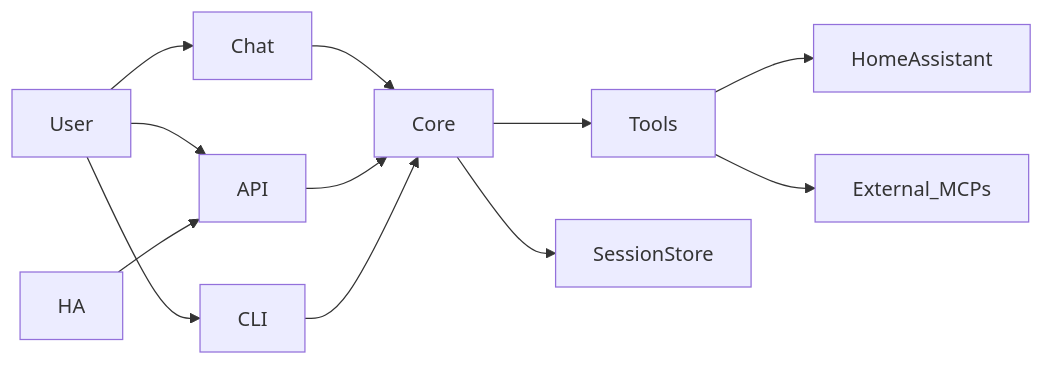
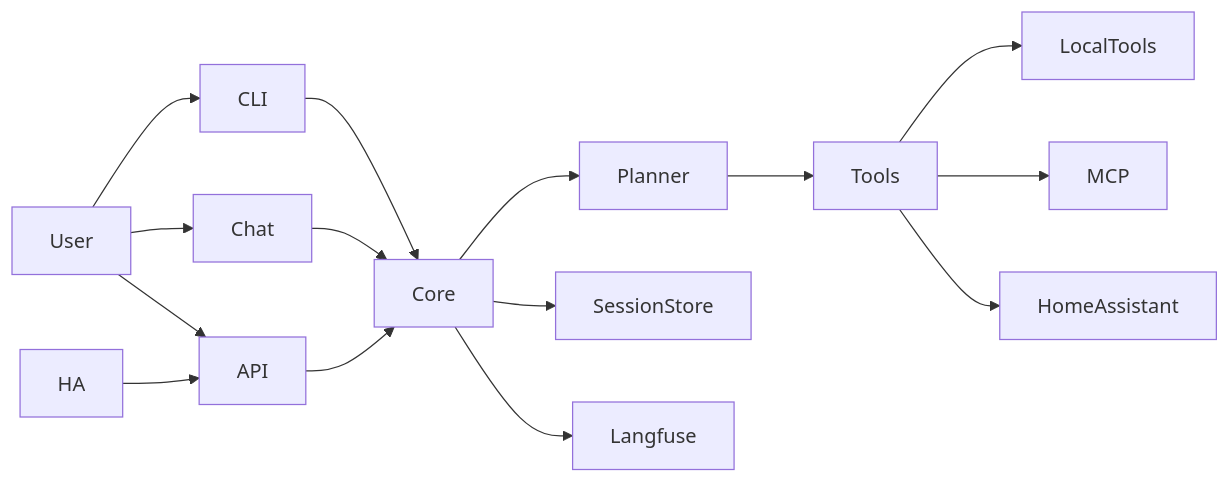
Before and after one commit to bearlike/Personal-Assistant: the diagram in README.md, drawn with Mermaid. The commit also changed 2 other files, not shown here.

Commit message:
📝 docs(docs): update diagrams + codecov components
- Update architecture diagrams to include planner, local tools, MCP, and Langfuse.\n- Enable Codecov component reporting in comments.\n\nWhy: keep docs aligned with current orchestration and add component visibility.\n\nTests: make lint\n\nDeps/Env: none

````diff
--- a/README.md
+++ b/README.md
@@ -101,14 +101,17 @@
 ```mermaid
 flowchart LR
+  User --> CLI
   User --> Chat
   User --> API
   HA --> API
-  User --> CLI
+  CLI --> Core
   Chat --> Core
   API --> Core
-  CLI --> Core
-  Core --> Tools
+  Core --> Planner
+  Planner --> Tools
+  Tools --> LocalTools
+  Tools --> MCP
   Tools --> HomeAssistant
-  Tools --> External_MCPs
   Core --> SessionStore
+  Core --> Langfuse
 ```
````
